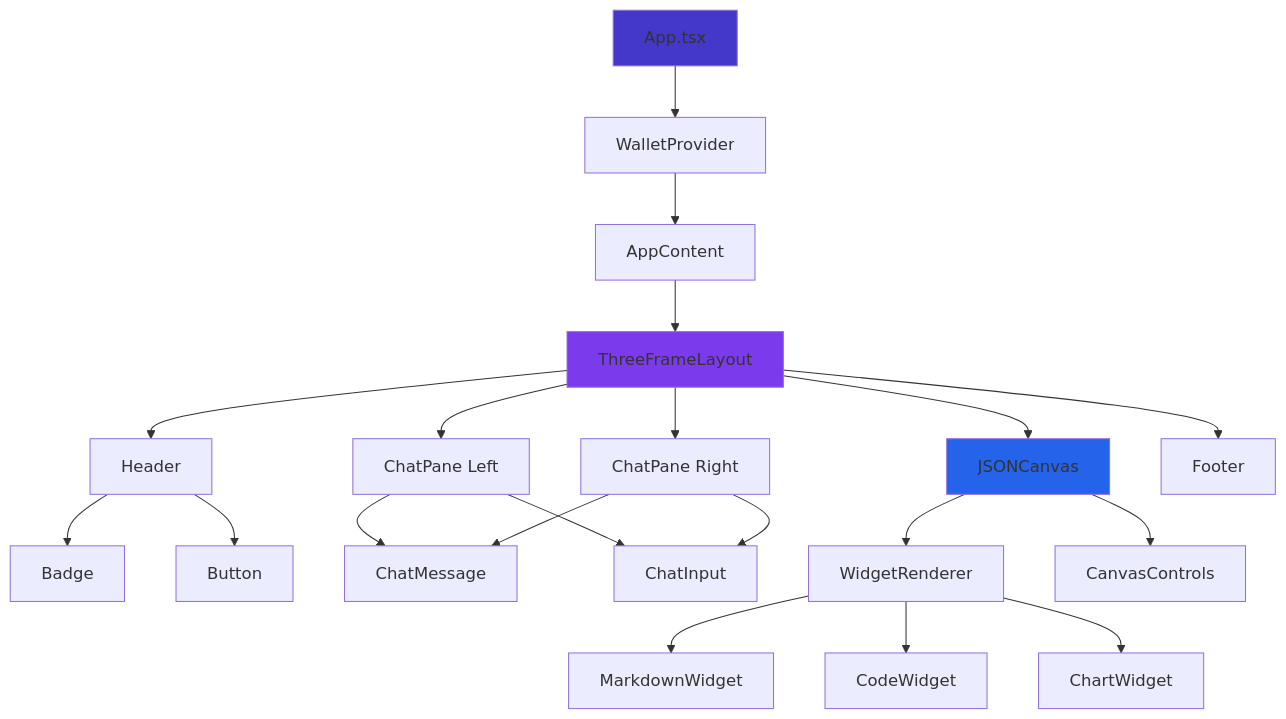
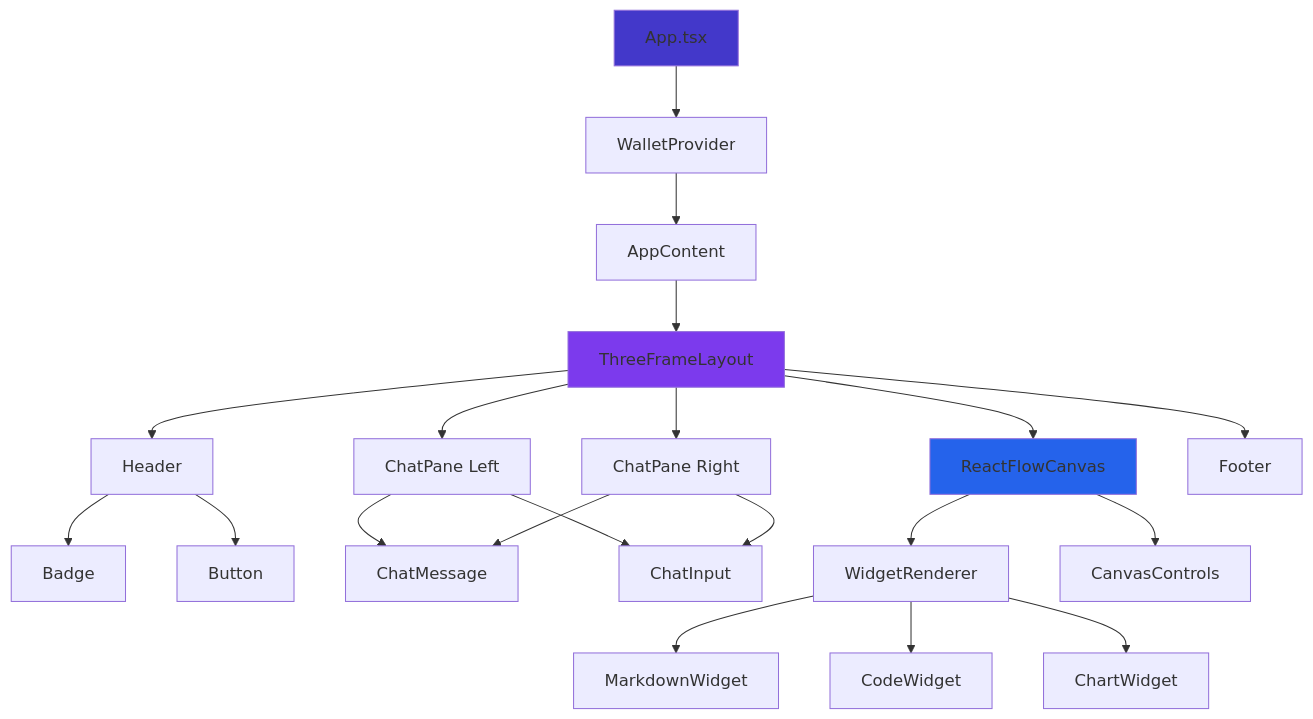
The first of 2 diagrams in ui/docs/architecture/COMPONENT_ARCHITECTURE.md (Replicant-Partners/Chrysalis), drawn with Mermaid before and after one commit. The commit also changed other lines of this file and 108 other files, not shown here.

````diff
--- a/ui/docs/architecture/COMPONENT_ARCHITECTURE.md
+++ b/ui/docs/architecture/COMPONENT_ARCHITECTURE.md
@@ -13,32 +13,32 @@
 ```mermaid
 graph TD
     A[App.tsx] --> B[WalletProvider]
     B --> C[AppContent]
     C --> D[ThreeFrameLayout]
     
     D --> E[Header]
     D --> F[ChatPane Left]
-    D --> G[JSONCanvas]
+    D --> G[ReactFlowCanvas]
     D --> H[ChatPane Right]
     D --> I[Footer]
     
     E --> J[Badge]
     E --> K[Button]
     
     F --> L[ChatMessage]
     F --> M[ChatInput]
     
     G --> N[WidgetRenderer]
     G --> O[CanvasControls]
     
     H --> L
     H --> M
     
     N --> P[MarkdownWidget]
     N --> Q[CodeWidget]
     N --> R[ChartWidget]
     
     style A fill:#4338ca
     style D fill:#7c3aed
     style G fill:#2563eb
 ```
````
